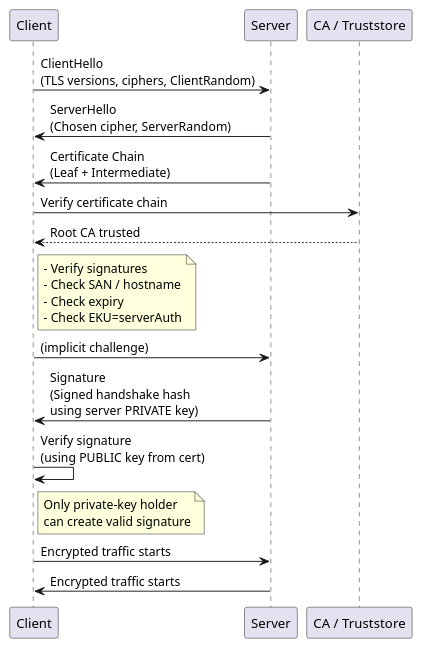
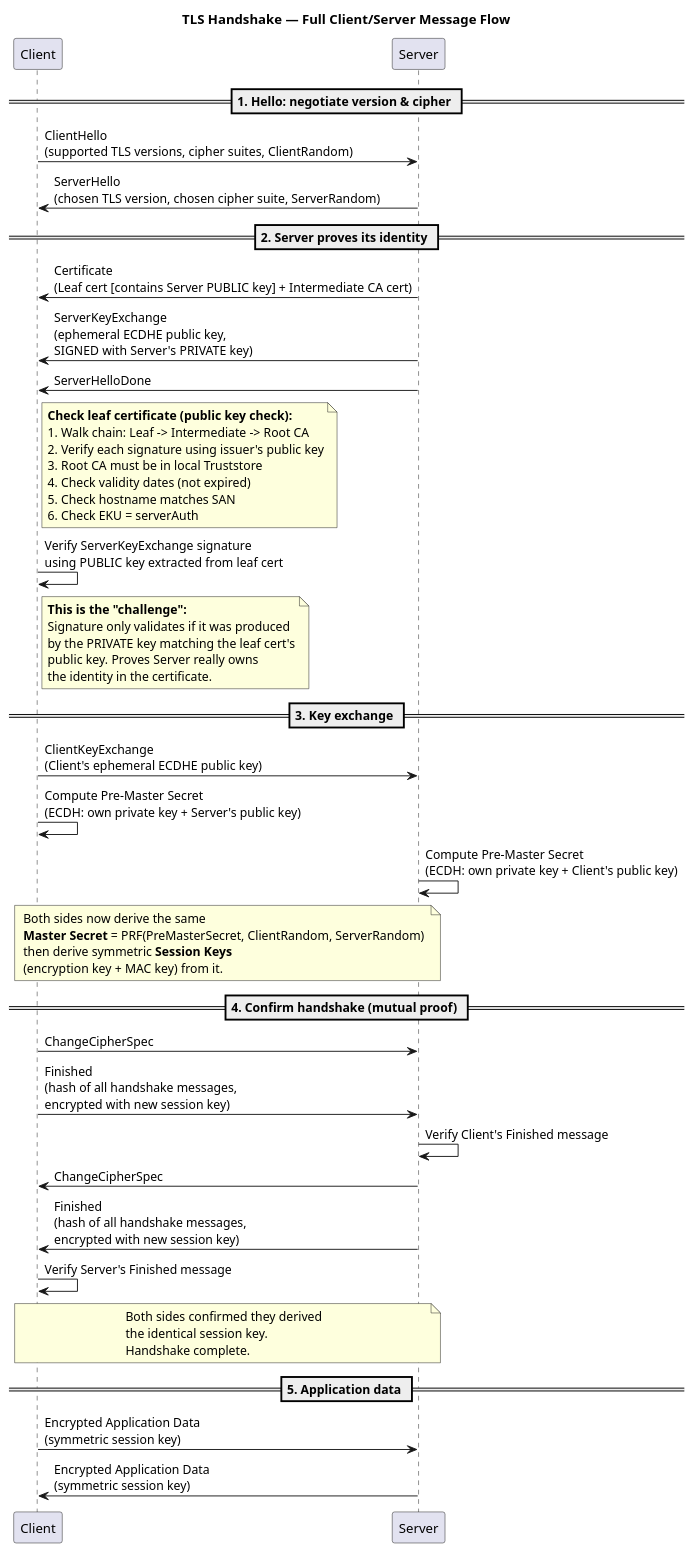
One commit to dmitrybilyk/interview changed the diagram in certificated/tls_handshake.puml. Above: the diagram before and after it, drawn with PlantUML.

Commit message:
owasp.md

```diff
--- a/certificated/tls_handshake.puml
+++ b/certificated/tls_handshake.puml
@@ -1,35 +1,78 @@
 @startuml
+title TLS Handshake — Full Client/Server Message Flow
+
 participant Client
 participant Server
-participant CA as "CA / Truststore"
 
-Client -> Server: ClientHello\n(TLS versions, ciphers, ClientRandom)
+== 1. Hello: negotiate version & cipher ==
 
-Server -> Client: ServerHello\n(Chosen cipher, ServerRandom)
-Server -> Client: Certificate Chain\n(Leaf + Intermediate)
+Client -> Server: ClientHello\n(supported TLS versions, cipher suites, ClientRandom)
 
-Client -> CA: Verify certificate chain
-CA --> Client: Root CA trusted
+Server -> Client: ServerHello\n(chosen TLS version, chosen cipher suite, ServerRandom)
+
+== 2. Server proves its identity ==
+
+Server -> Client: Certificate\n(Leaf cert [contains Server PUBLIC key] + Intermediate CA cert)
+
+Server -> Client: ServerKeyExchange\n(ephemeral ECDHE public key,\nSIGNED with Server's PRIVATE key)
+
+Server -> Client: ServerHelloDone
 
 note right of Client
-- Verify signatures
-- Check SAN / hostname
-- Check expiry
-- Check EKU=serverAuth
+**Check leaf certificate (public key check):**
+1. Walk chain: Leaf -> Intermediate -> Root CA
+2. Verify each signature using issuer's public key
+3. Root CA must be in local Truststore
+4. Check validity dates (not expired)
+5. Check hostname matches SAN
+6. Check EKU = serverAuth
 end note
 
-Client -> Server: (implicit challenge)
-
-Server -> Client: Signature\n(Signed handshake hash\nusing server PRIVATE key)
-
-Client -> Client: Verify signature\n(using PUBLIC key from cert)
+Client -> Client: Verify ServerKeyExchange signature\nusing PUBLIC key extracted from leaf cert
 
 note right of Client
-Only private-key holder
-can create valid signature
+**This is the "challenge":**
+Signature only validates if it was produced
+by the PRIVATE key matching the leaf cert's
+public key. Proves Server really owns
+the identity in the certificate.
 end note
 
-Client -> Server: Encrypted traffic starts
-Server -> Client: Encrypted traffic starts
+== 3. Key exchange ==
+
+Client -> Server: ClientKeyExchange\n(Client's ephemeral ECDHE public key)
+
+Client -> Client: Compute Pre-Master Secret\n(ECDH: own private key + Server's public key)
+Server -> Server: Compute Pre-Master Secret\n(ECDH: own private key + Client's public key)
+
+note over Client, Server
+Both sides now derive the same
+**Master Secret** = PRF(PreMasterSecret, ClientRandom, ServerRandom)
+then derive symmetric **Session Keys**
+(encryption key + MAC key) from it.
+end note
+
+== 4. Confirm handshake (mutual proof) ==
+
+Client -> Server: ChangeCipherSpec
+Client -> Server: Finished\n(hash of all handshake messages,\nencrypted with new session key)
+
+Server -> Server: Verify Client's Finished message
+
+Server -> Client: ChangeCipherSpec
+Server -> Client: Finished\n(hash of all handshake messages,\nencrypted with new session key)
+
+Client -> Client: Verify Server's Finished message
+
+note over Client, Server
+Both sides confirmed they derived
+the identical session key.
+Handshake complete.
+end note
+
+== 5. Application data ==
+
+Client -> Server: Encrypted Application Data\n(symmetric session key)
+Server -> Client: Encrypted Application Data\n(symmetric session key)
 
 @enduml
```
